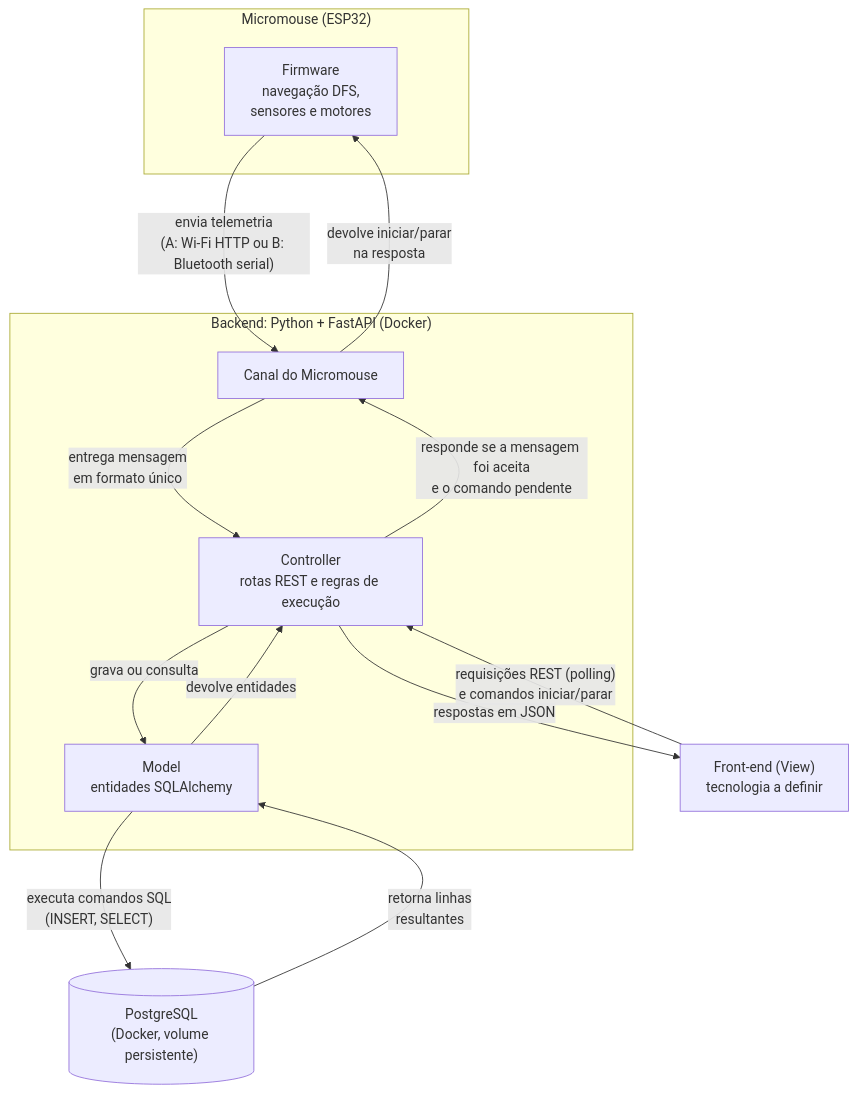
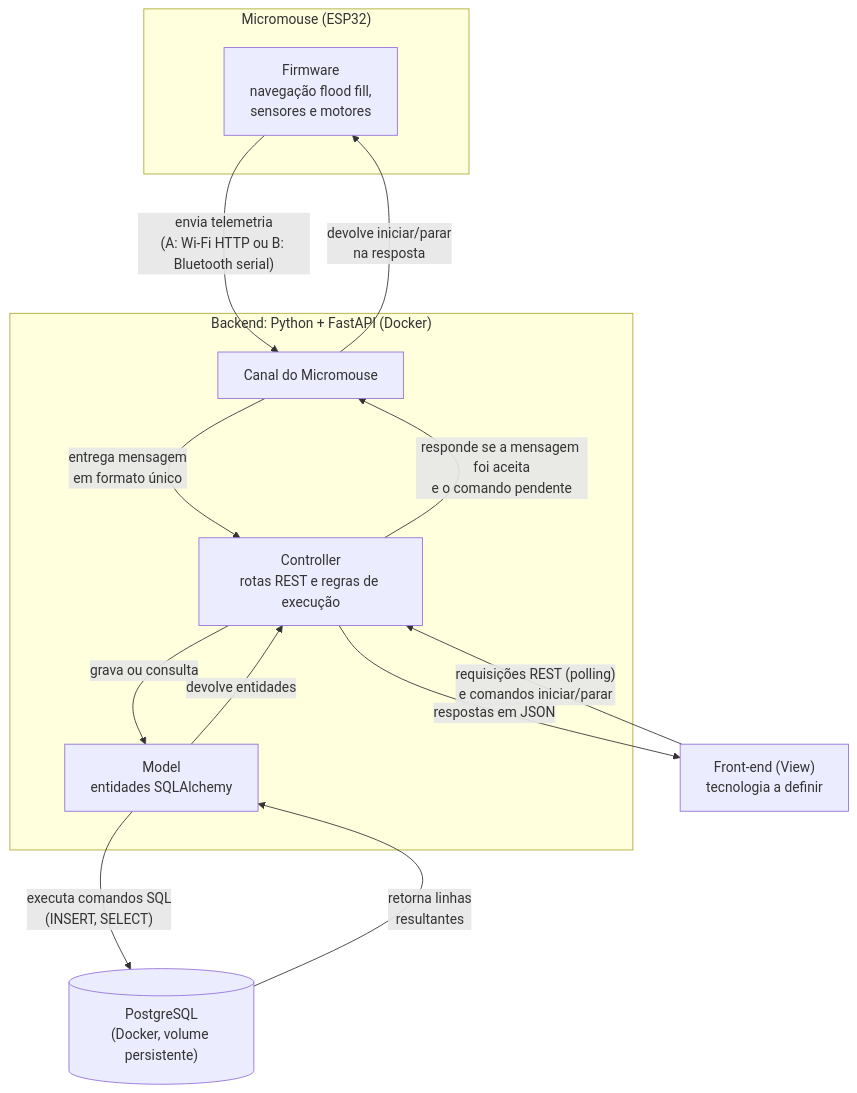
Before and after one commit to fcte-pi1/2026_2_PI1_Grupo01_Juliana: the diagram in docs/4.4 - Projeto conceitual de software.md, drawn with Mermaid. The commit also changed other lines of this file, not shown here.

Commit message:
docs: substituir DFS por flood fill na tabela de linguagens e no diagrama

````diff
--- a/docs/4.4 - Projeto conceitual de software.md
+++ b/docs/4.4 - Projeto conceitual de software.md
@@ -185,27 +185,27 @@
 ```mermaid
 %%{init: {"flowchart": {"nodeSpacing": 90, "rankSpacing": 90}}}%%
 flowchart TB
     subgraph ROBO["Micromouse (ESP32)"]
-        FW["Firmware<br/>navegação DFS,<br/>sensores e motores"]
+        FW["Firmware<br/>navegação flood fill,<br/>sensores e motores"]
     end
 
     subgraph BACK["Backend: Python + FastAPI (Docker)"]
         RT["Canal do Micromouse"]
         CT["Controller<br/>rotas REST e regras de execução"]
         MD["Model<br/>entidades SQLAlchemy"]
     end
 
     DB[("PostgreSQL<br/>(Docker, volume persistente)")]
     FE["Front-end (View)<br/>tecnologia a definir"]
 
     FE -- "requisições REST (polling)<br/>e comandos iniciar/parar" --> CT
     CT -- "respostas em JSON" --> FE
     FW -- "envia telemetria<br/>(A: Wi-Fi HTTP ou B: Bluetooth serial)" --> RT
     RT -- "entrega mensagem<br/>em formato único" --> CT
     CT -- "responde se a mensagem foi aceita<br/>e o comando pendente" --> RT
     RT -- "devolve iniciar/parar<br/>na resposta" --> FW
     CT -- "grava ou consulta" --> MD
     MD -- "devolve entidades" --> CT
     MD -- "executa comandos SQL<br/>(INSERT, SELECT)" --> DB
     DB -- "retorna linhas<br/>resultantes" --> MD
 ```
````
